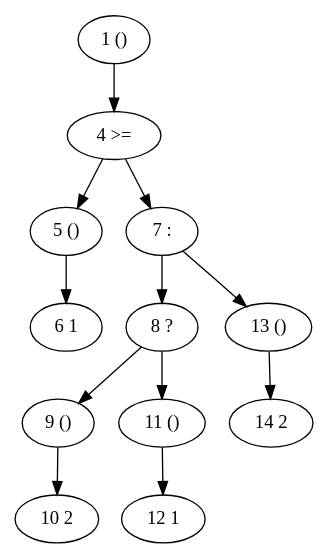
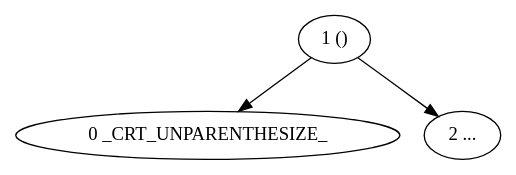
Before and after one commit to Thewbi/stm8_asm: the diagram in preprocessor_tree.dot, drawn with Graphviz. The commit also changed 17 other files, not shown here.

```diff
--- a/preprocessor_tree.dot
+++ b/preprocessor_tree.dot
@@ -1,25 +1,7 @@
 digraph {
 1 [label="1 ()"]
-4 [label="4 >="]
-5 [label="5 ()"]
-6 [label="6 1"]
-5 -> 6
-4 -> 5
-7 [label="7 :"]
-8 [label="8 ?"]
-9 [label="9 ()"]
-10 [label="10 2"]
-9 -> 10
-8 -> 9
-11 [label="11 ()"]
-12 [label="12 1"]
-11 -> 12
-8 -> 11
-7 -> 8
-13 [label="13 ()"]
-14 [label="14 2"]
-13 -> 14
-7 -> 13
-4 -> 7
-1 -> 4
+0 [label="0 _CRT_UNPARENTHESIZE_"]
+1 -> 0
+2 [label="2 ..."]
+1 -> 2
 }
```
